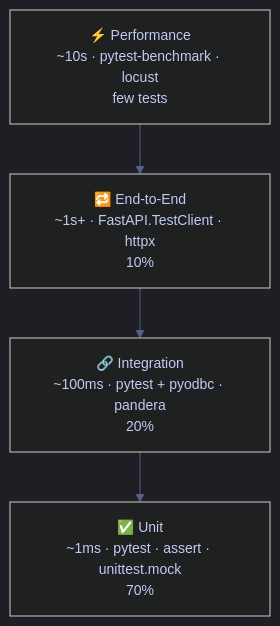
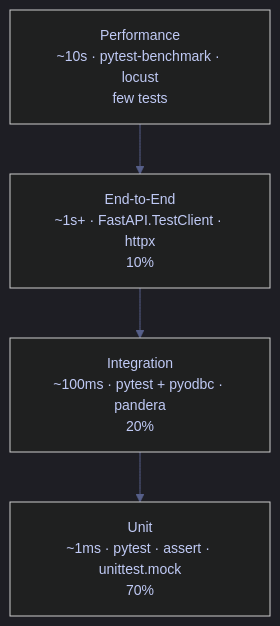
One commit to alp78/elysium changed the diagram in content/02-Programming-Languages/01-Python/14-py-testing.md. Above: the diagram before and after it, drawn with Mermaid. The commit also changed other lines of this file and 14 other files, not shown here.

````diff
--- a/content/02-Programming-Languages/01-Python/14-py-testing.md
+++ b/content/02-Programming-Languages/01-Python/14-py-testing.md
@@ -259,21 +132,21 @@
 ```mermaid
 %%{init: {'theme': 'dark', 'themeVariables': {
   'primaryColor': '#292e42',
   'primaryTextColor': '#c0caf5',
   'primaryBorderColor': '#565f89',
   'lineColor': '#565f89',
   'secondaryColor': '#1a1b26',
   'tertiaryColor': '#24283b',
   'noteTextColor': '#c0caf5',
   'noteBkgColor': '#292e42',
   'textColor': '#c0caf5',
   'fontSize': '14px'
 }}}%%
 flowchart TD
-    PERF["⚡ Performance<br/>~10s · pytest-benchmark · locust<br/>few tests"]
-    E2E["🔁 End-to-End<br/>~1s+ · FastAPI.TestClient · httpx<br/>10%"]
-    INT["🔗 Integration<br/>~100ms · pytest + pyodbc · pandera<br/>20%"]
-    UNIT["✅ Unit<br/>~1ms · pytest · assert · unittest.mock<br/>70%"]
+    PERF["Performance<br/>~10s · pytest-benchmark · locust<br/>few tests"]
+    E2E["End-to-End<br/>~1s+ · FastAPI.TestClient · httpx<br/>10%"]
+    INT["Integration<br/>~100ms · pytest + pyodbc · pandera<br/>20%"]
+    UNIT["Unit<br/>~1ms · pytest · assert · unittest.mock<br/>70%"]
 
     PERF --> E2E --> INT --> UNIT
 ```
````
